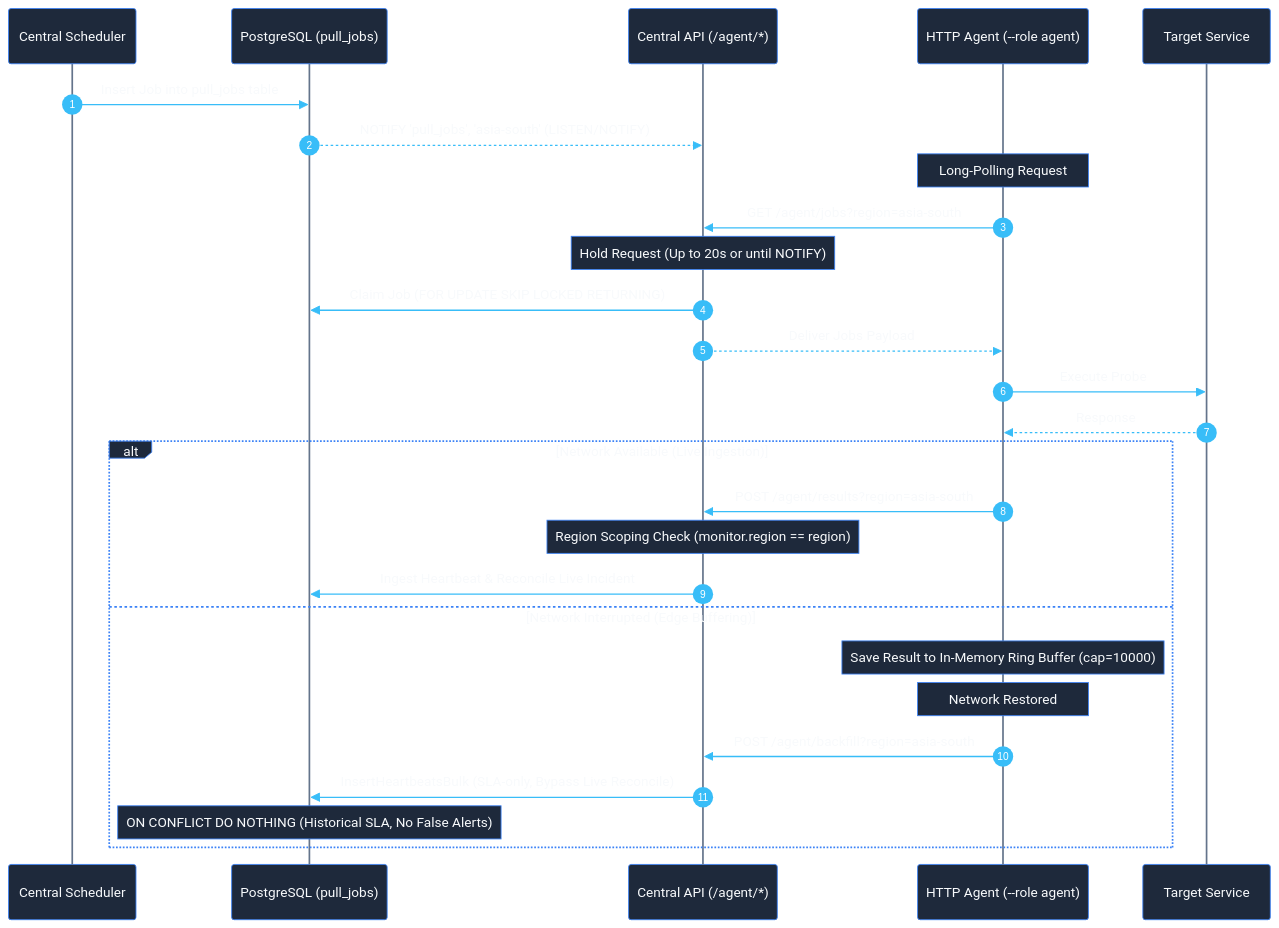
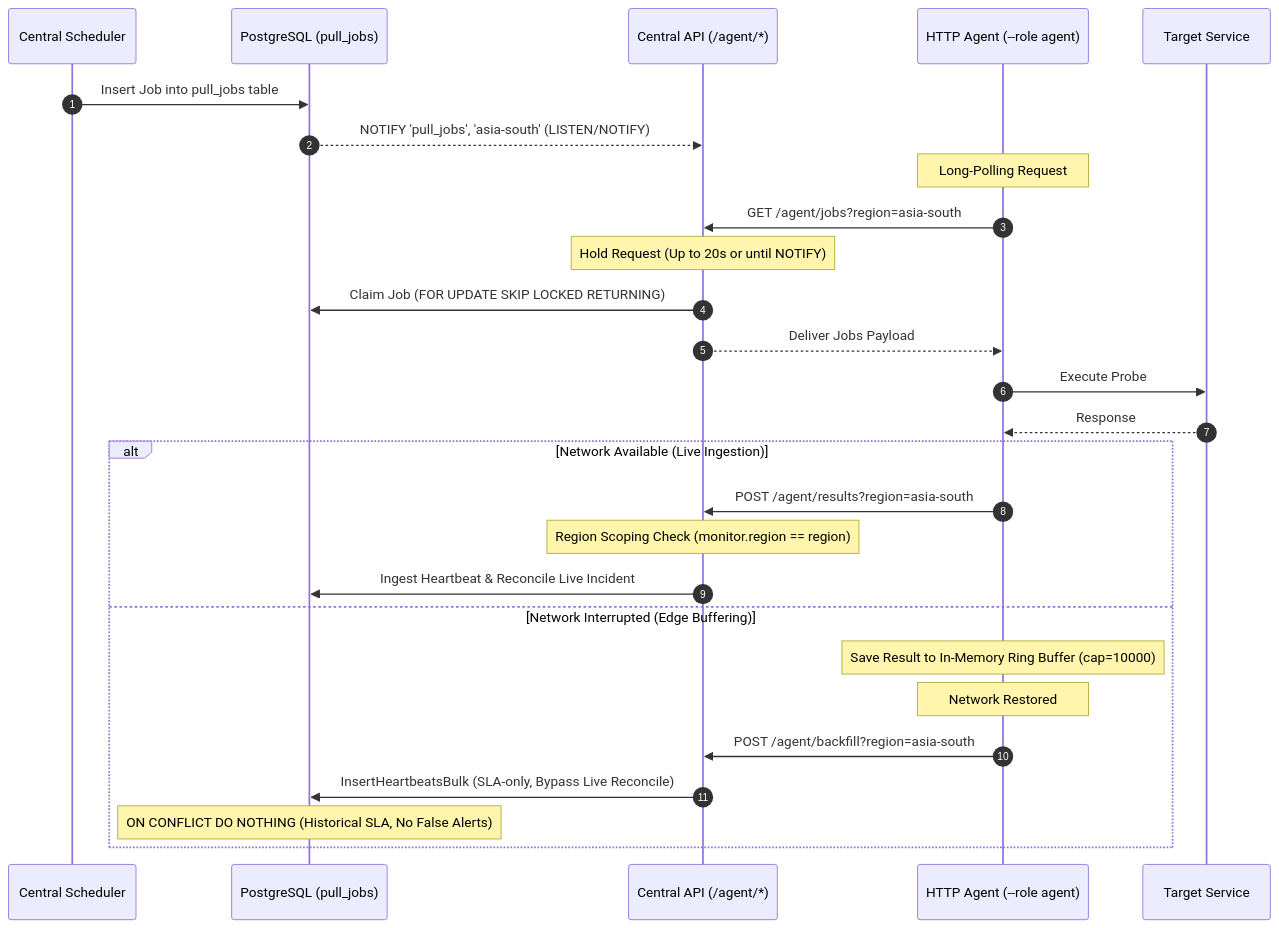
One commit to teamlead-com/cerbix changed the sixth of 9 diagrams in docs/architecture.md. Above: the diagram before and after it, drawn with Mermaid. The commit also changed other lines of this file and 2 other files, not shown here.

First line of the commit message:
docs: fix mermaid rendering + sync drift (roles/probers) with code

````diff
--- a/docs/architecture.md
+++ b/docs/architecture.md
@@ -186,34 +181,33 @@
 ```mermaid
-%%{init: {'theme': 'base', 'themeVariables': { 'actorBkg': '#1e293b', 'actorTextColor': '#f8fafc', 'actorBorder': '#3b82f6', 'actorLineColor': '#64748b', 'lineColor': '#38bdf8', 'signalColor': '#38bdf8', 'signalTextColor': '#f8fafc', 'textColor': '#f8fafc', 'labelBoxBkgColor': '#1e293b', 'labelBoxBorderColor': '#3b82f6', 'labelTextColor': '#f8fafc', 'noteBkgColor': '#1e293b', 'noteTextColor': '#f8fafc', 'noteBorderColor': '#3b82f6', 'sequenceNumberColor': '#ffffff' }}}%%
 sequenceDiagram
     autonumber
     participant S as Central Scheduler
     participant DB as PostgreSQL (pull_jobs)
     participant API as Central API (/agent/*)
     participant AG as HTTP Agent (--role agent)
     participant Target as Target Service
 
     S->>DB: Insert Job into pull_jobs table
     DB-->>API: NOTIFY 'pull_jobs', 'asia-south' (LISTEN/NOTIFY)
     
     Note over AG: Long-Polling Request
     AG->>API: GET /agent/jobs?region=asia-south
     Note over API: Hold Request (Up to 20s or until NOTIFY)
     API->>DB: Claim Job (FOR UPDATE SKIP LOCKED RETURNING)
     API-->>AG: Deliver Jobs Payload
     
     AG->>Target: Execute Probe
     Target-->>AG: Response
     
     alt Network Available (Live Ingestion)
         AG->>API: POST /agent/results?region=asia-south
         Note over API: Region Scoping Check (monitor.region == region)
         API->>DB: Ingest Heartbeat & Reconcile Live Incident
     else Network Interrupted (Edge Buffering)
         Note over AG: Save Result to In-Memory Ring Buffer (cap=10000)
         Note over AG: Network Restored
         AG->>API: POST /agent/backfill?region=asia-south
         API->>DB: InsertHeartbeatsBulk (SLA-only, Bypass Live Reconcile)
         Note over DB: ON CONFLICT DO NOTHING (Historical SLA, No False Alerts)
     end
 ```
````
